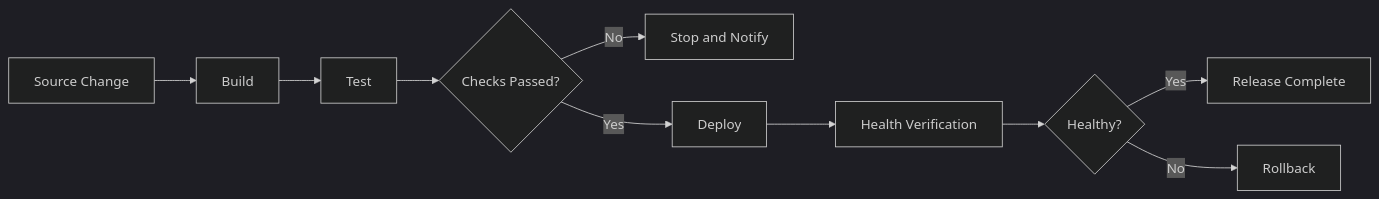
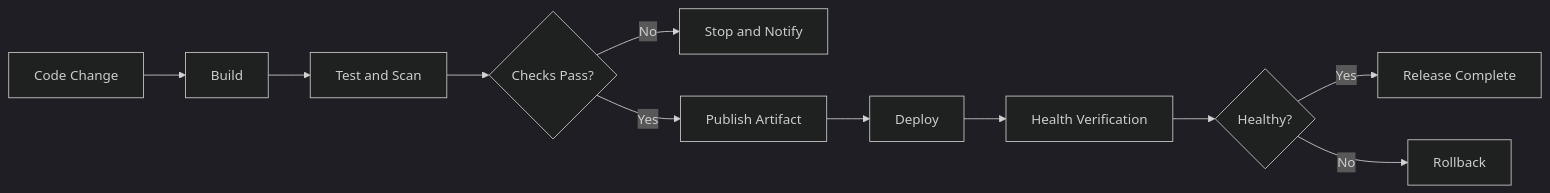
Before and after one commit to AvadhBhalodiya/Interview-Preparation: the first of 10 diagrams in src/content/devops/cicd-pipelines.md, drawn with Mermaid (dark theme). The commit also changed other lines of this file and 54 other files, not shown here.

````diff
--- a/src/content/devops/cicd-pipelines.md
+++ b/src/content/devops/cicd-pipelines.md
@@ -22,12 +25,13 @@
 ```mermaid
 flowchart LR
-    A[Source Change] --> B[Build]
-    B --> C[Test]
-    C --> D{Checks Passed?}
+    A[Code Change] --> B[Build]
+    B --> C[Test and Scan]
+    C --> D{Checks Pass?}
     D -- No --> E[Stop and Notify]
-    D -- Yes --> F[Deploy]
-    F --> G[Health Verification]
-    G --> H{Healthy?}
-    H -- Yes --> I[Release Complete]
-    H -- No --> J[Rollback]
+    D -- Yes --> F[Publish Artifact]
+    F --> G[Deploy]
+    G --> H[Health Verification]
+    H --> I{Healthy?}
+    I -- Yes --> J[Release Complete]
+    I -- No --> K[Rollback]
 ```
````
